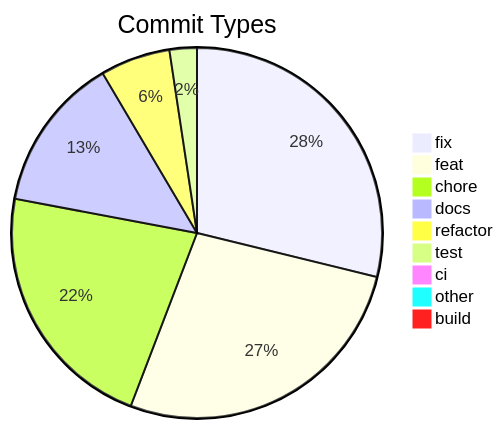
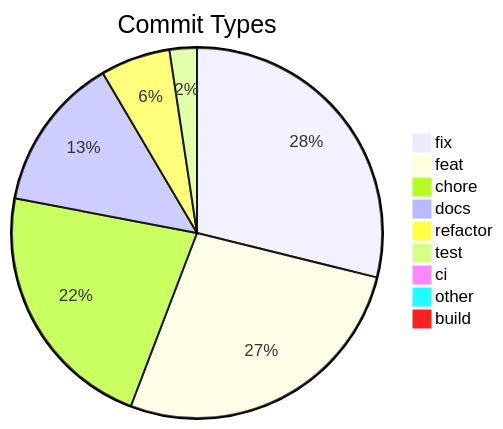
One commit to svenroth-ai/shipwright changed the diagram in .shipwright/compliance/change-history.md. Above: the diagram before and after it, drawn with Mermaid. The commit also changed other lines of this file and 15 other files, not shown here.

````diff
--- a/.shipwright/compliance/change-history.md
+++ b/.shipwright/compliance/change-history.md
@@ -8,12 +8,12 @@
 ```mermaid
 pie title Commit Types
-    "fix" : 302
+    "fix" : 303
     "feat" : 283
-    "chore" : 232
+    "chore" : 233
     "docs" : 142
     "refactor" : 64
     "test" : 25
     "ci" : 7
     "other" : 7
     "build" : 1
 ```
````
